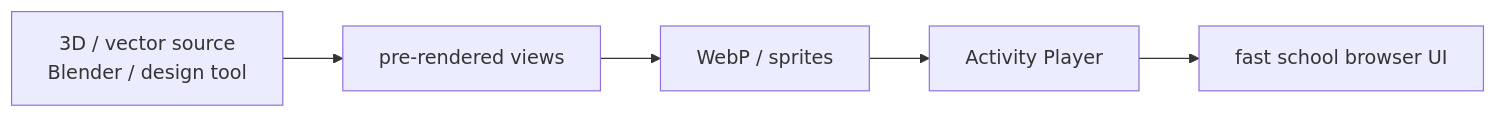
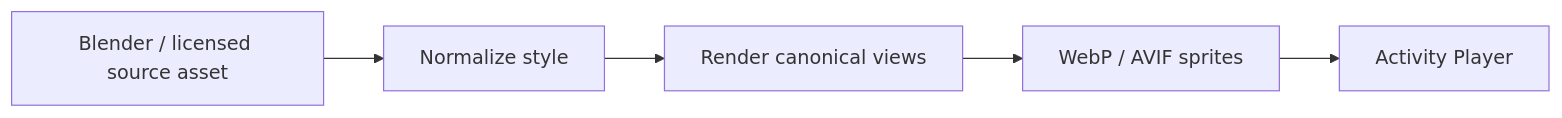
Before and after one commit to KadlecekTomas/SkillStorm: the fourth of 6 diagrams in docs/interactive-it-lab/README.md, drawn with Mermaid. The commit also changed other lines of this file, not shown here.

````diff
--- a/docs/interactive-it-lab/README.md
+++ b/docs/interactive-it-lab/README.md
@@ -413,7 +464,7 @@
 ```mermaid
 flowchart LR
-    M[3D / vector source\nBlender / design tool] --> R[pre-rendered views]
-    R --> W[WebP / sprites]
-    W --> P[Activity Player]
-    P --> U[fast school browser UI]
+    A[Blender / licensed source asset] --> B[Normalize style]
+    B --> C[Render canonical views]
+    C --> D[WebP / AVIF sprites]
+    D --> E[Activity Player]
 ```
````
